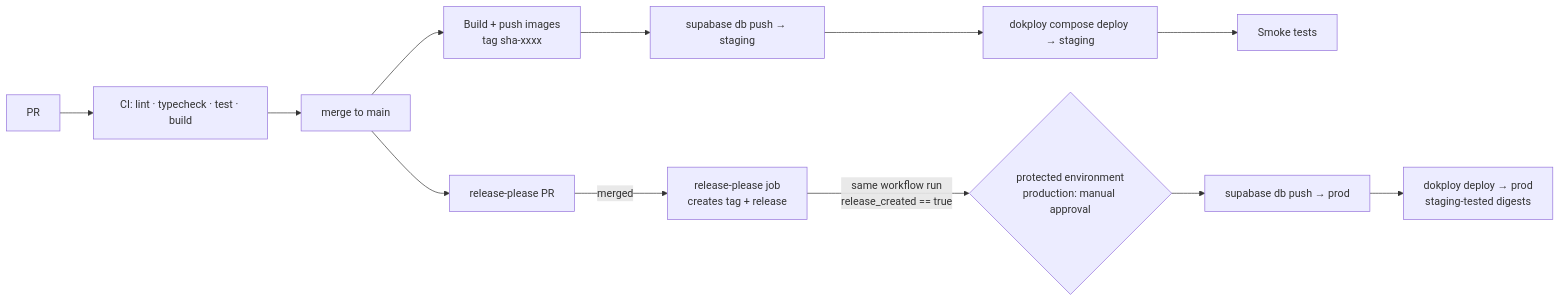
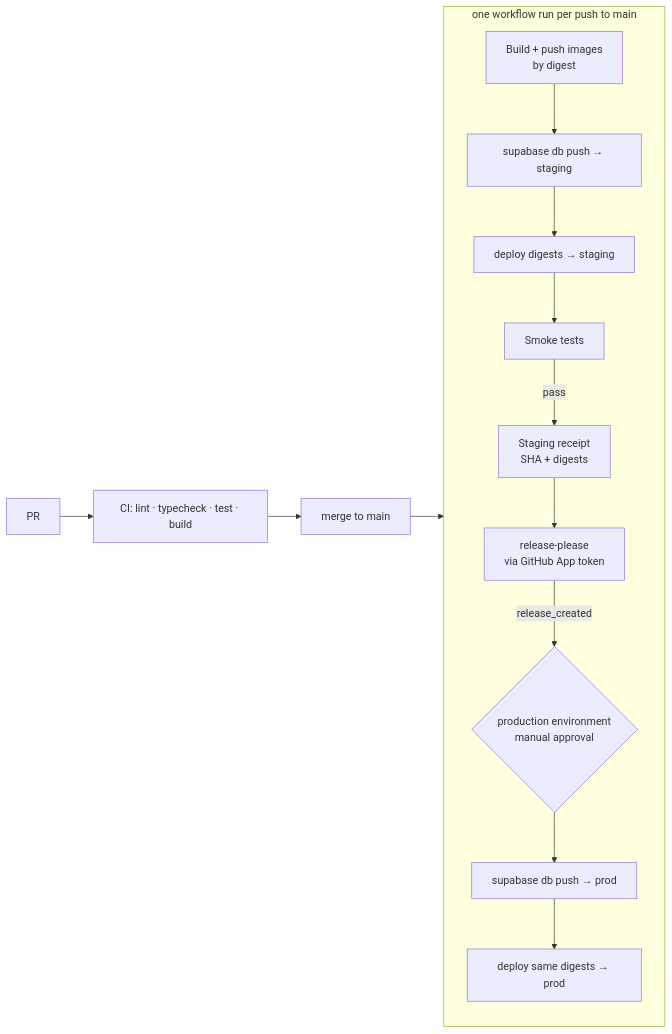
One commit to soeenplop/enduva changed the diagram in docs/plan/06-deployment.md. Above: the diagram before and after it, drawn with Mermaid. The commit also changed other lines of this file, not shown here.

Commit message:
docs(plan): order staging before release and authenticate release-please via an app
Run build, staging deploy, smoke tests and release creation in one
ordered workflow run, require a staging receipt for the exact release
SHA before production, define recovery, and use a GitHub App token so
release PRs trigger required checks.

````diff
--- a/docs/plan/06-deployment.md
+++ b/docs/plan/06-deployment.md
@@ -30,14 +30,16 @@
 ```mermaid
 flowchart LR
   PR[PR] --> CI[CI: lint · typecheck · test · build]
   CI --> MERGE[merge to main]
-  MERGE --> IMG[Build + push images<br/>tag sha-xxxx]
-  IMG --> MIG_S[supabase db push → staging]
-  MIG_S --> DEP_S[dokploy compose deploy → staging]
-  DEP_S --> SMOKE[Smoke tests]
-  MERGE --> RP[release-please PR]
-  RP -- merged --> REL[release-please job<br/>creates tag + release]
-  REL -- same workflow run<br/>release_created == true --> APPROVE{protected environment<br/>production: manual approval}
-  APPROVE --> MIG_P[supabase db push → prod]
-  MIG_P --> DEP_P[dokploy deploy → prod<br/>staging-tested digests]
+  subgraph RUN["one workflow run per push to main"]
+    IMG[Build + push images<br/>by digest] --> MIG_S[supabase db push → staging]
+    MIG_S --> DEP_S[deploy digests → staging]
+    DEP_S --> SMOKE[Smoke tests]
+    SMOKE -- pass --> RECEIPT[Staging receipt<br/>SHA + digests]
+    RECEIPT --> RP[release-please<br/>via GitHub App token]
+    RP -- release_created --> APPROVE{production environment<br/>manual approval}
+    APPROVE --> MIG_P[supabase db push → prod]
+    MIG_P --> DEP_P[deploy same digests → prod]
+  end
+  MERGE --> RUN
 ```
````
